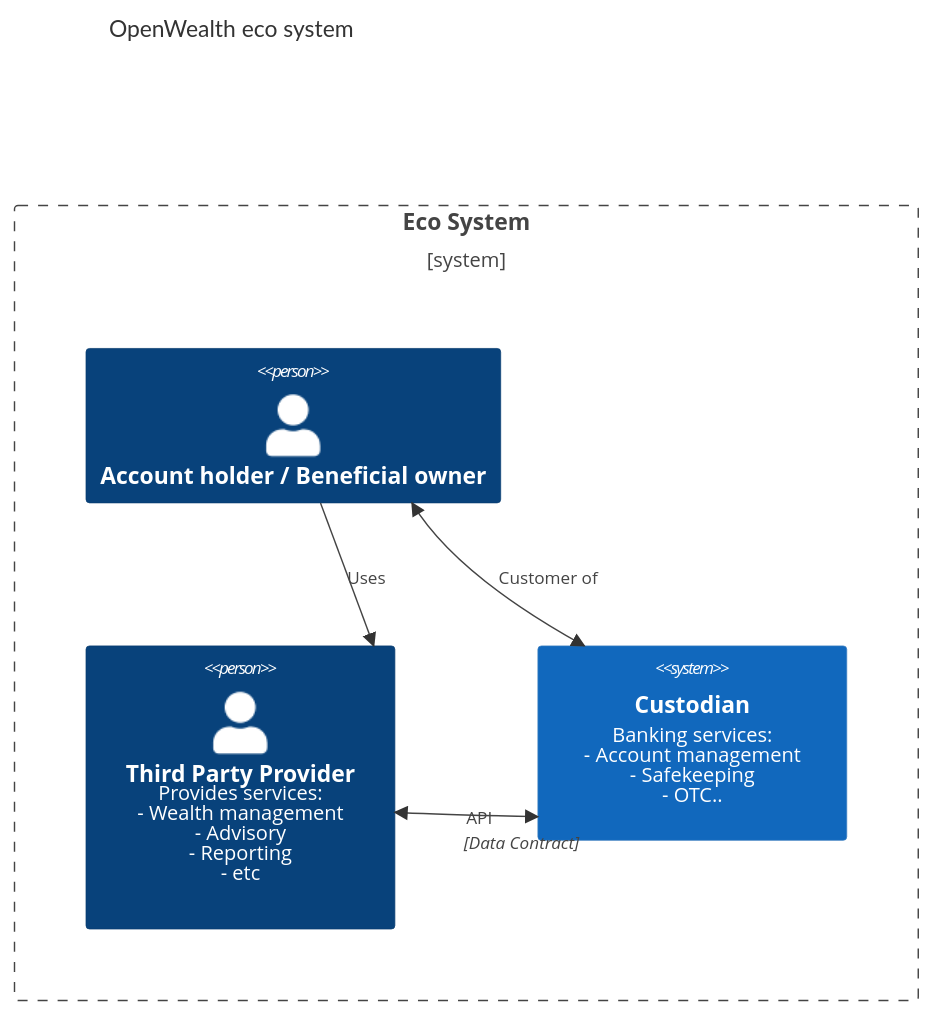
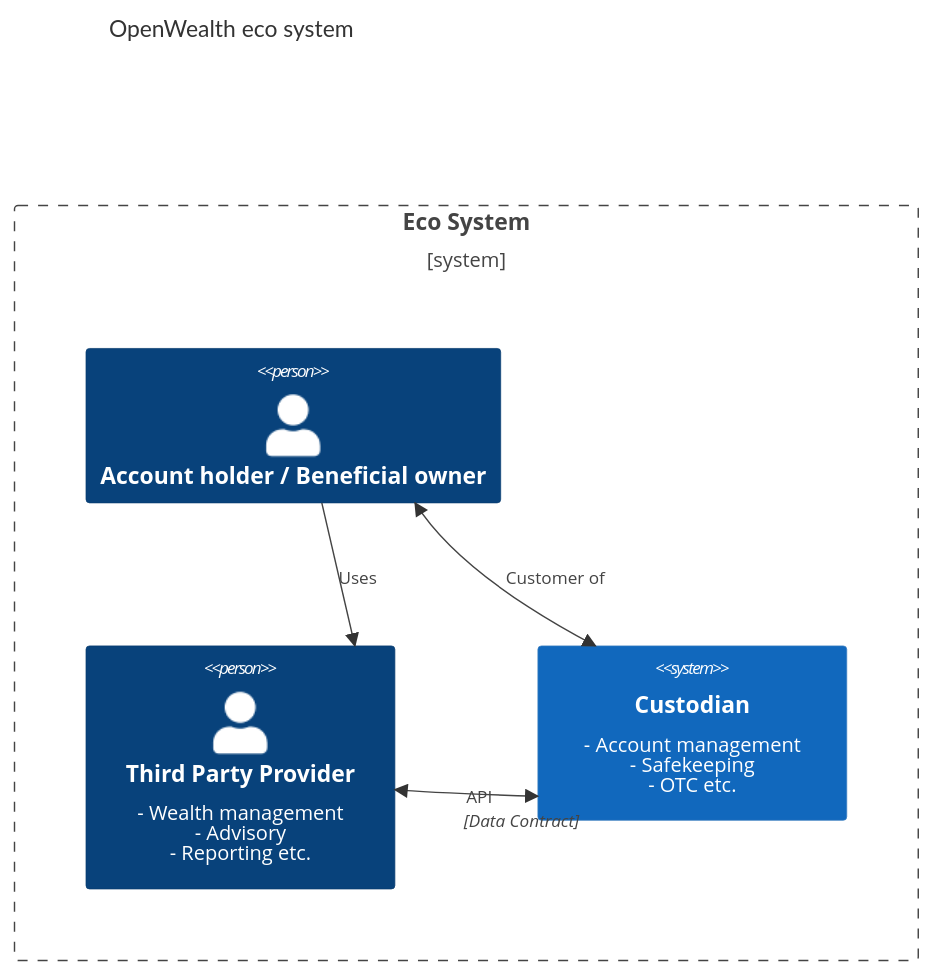
Before and after one commit to OpenWealth/OpenWealth: the first of 2 diagrams in README.md, drawn with Mermaid.

````diff
--- a/README.md
+++ b/README.md
@@ -17,20 +17,20 @@
 ```mermaid
     C4Context
       title OpenWealth eco system
       Boundary(b0, "Eco System") {
         Person(PartyA, "Account holder / Beneficial owner")
-        Person(PartyB, "Third Party Provider", "Provides services:<br>- Wealth management<br>- Advisory<br>- Reporting<br>- etc")
+        Person(PartyB, "Third Party Provider", "- Wealth management<br>- Advisory<br>- Reporting etc.")
 
-        System(SystemA, "Custodian", "Banking services:<br>- Account management<br>- Safekeeping<br>- OTC..")
+        System(SystemA, "Custodian", "- Account management<br>- Safekeeping<br>- OTC etc.")
       }
 
       Rel(PartyA, PartyB, "Uses")
       BiRel(PartyA, SystemA, "Customer of")
       BiRel(PartyB, SystemA, "API", "Data Contract")
 
 
       UpdateLayoutConfig($c4ShapeInRow="2", $c4BoundaryInRow="1")
 
 
 
 ```
````
